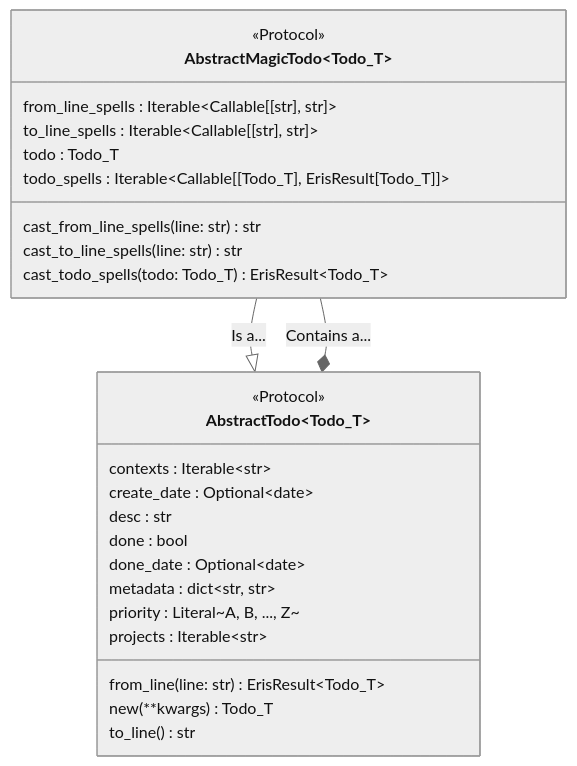
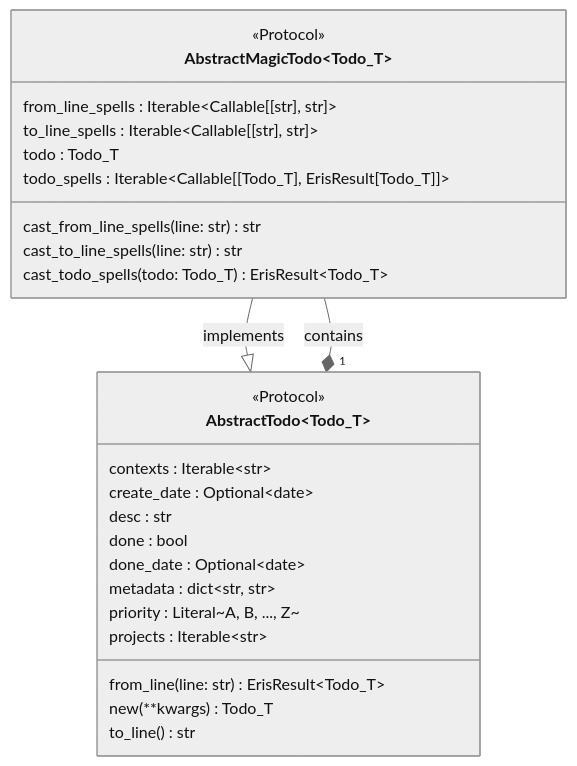
The second of 2 diagrams in docs/design/design.template.md (bbugyi200/greatday), drawn with Mermaid (neutral theme) before and after one commit. The commit also changed 2 other files, not shown here.

Commit message:
Show cardinality in diagram

````diff
--- a/docs/design/design.template.md
+++ b/docs/design/design.template.md
@@ -64,35 +64,35 @@
 ```mermaid
 classDiagram
     class AbstractTodo~Todo_T~ {
         <<Protocol>>
 
         contexts : Iterable~str~
         create_date : Optional~date~
         desc : str
         done : bool
         done_date : Optional~date~
         metadata : dict~str, str~
         priority : Literal~A, B, ..., Z~
         projects : Iterable~str~
 
         from_line(line: str) ErisResult~Todo_T~
         new(**kwargs) Todo_T
         to_line() str
     }
 
     class AbstractMagicTodo~Todo_T~ {
         <<Protocol>>
 
         from_line_spells : Iterable~Callable[[str], str]~
         to_line_spells : Iterable~Callable[[str], str]~
         todo : Todo_T
         todo_spells : Iterable~Callable[[Todo_T], ErisResult[Todo_T]]~
 
         cast_from_line_spells(line: str) str
         cast_to_line_spells(line: str) str
         cast_todo_spells(todo: Todo_T) ErisResult~Todo_T~
     }
 
-    AbstractMagicTodo --|> AbstractTodo: Is a...
-    AbstractMagicTodo --* AbstractTodo: Contains a...
+    AbstractMagicTodo --|> AbstractTodo: implements
+    AbstractMagicTodo --* "1" AbstractTodo: contains
 ```
````
